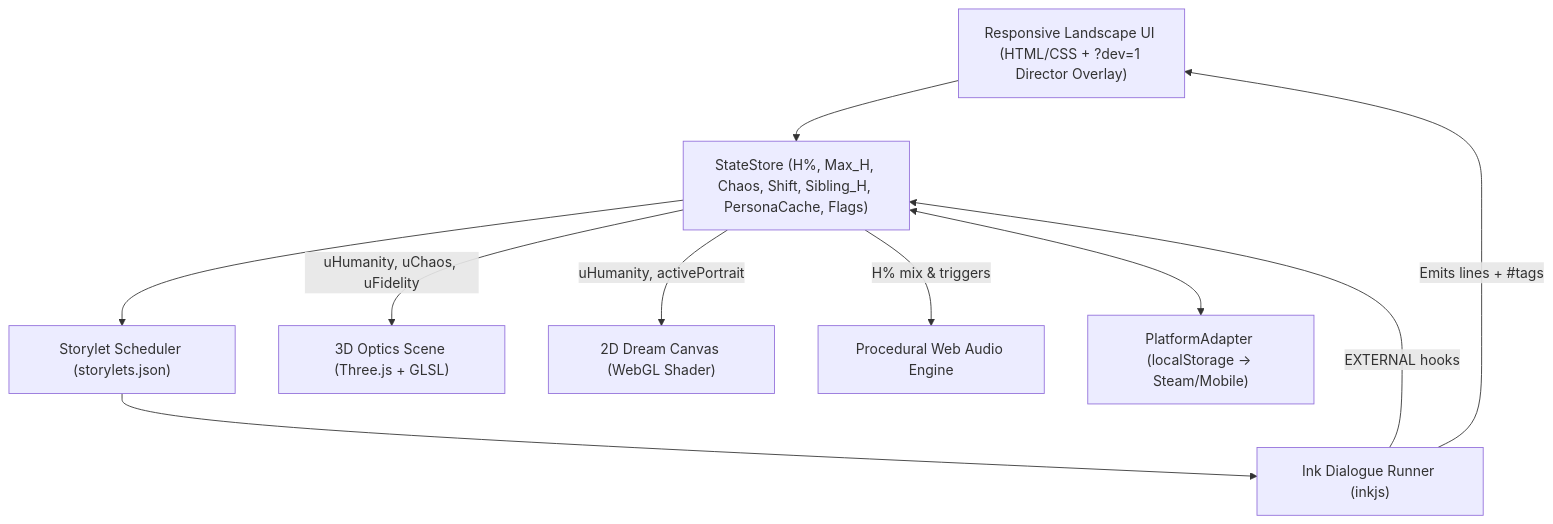
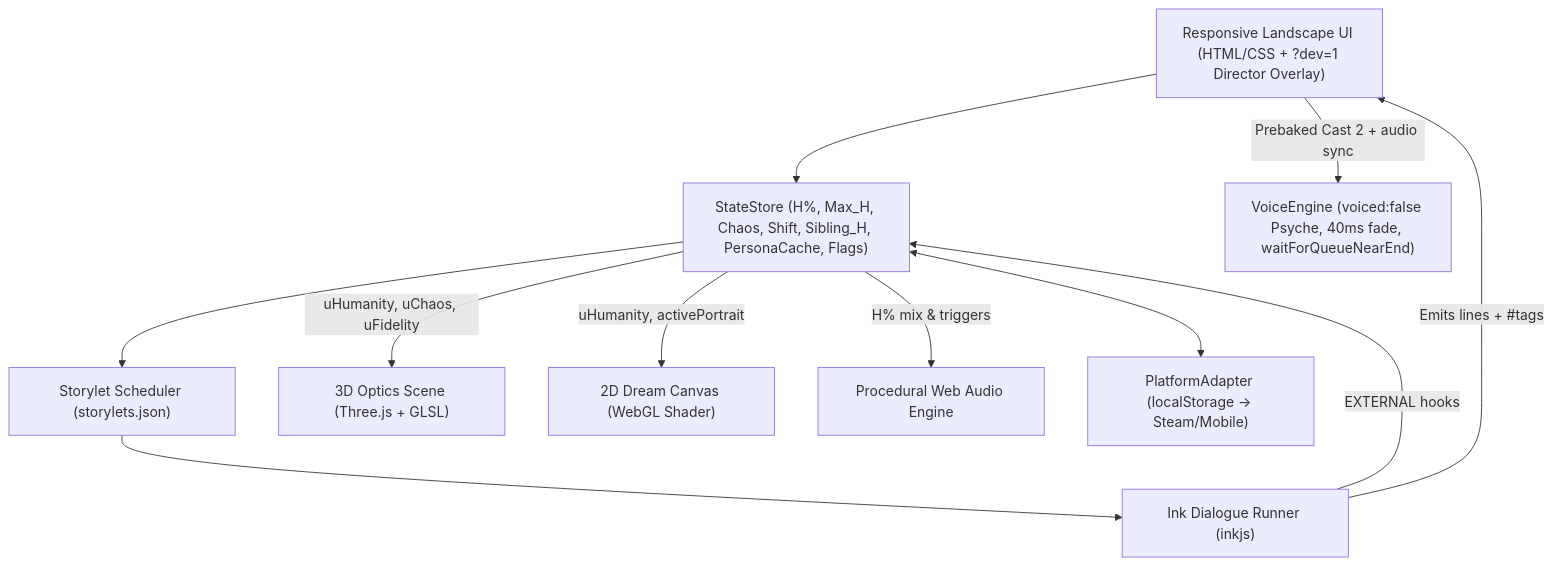
One commit to s-soltys/instance-1419 changed the diagram in docs/ARCHITECTURE.md. Above: the diagram before and after it, drawn with Mermaid. The commit also changed other lines of this file and 247 other files, not shown here.

````diff
--- a/docs/ARCHITECTURE.md
+++ b/docs/ARCHITECTURE.md
@@ -12,12 +12,13 @@
 ```mermaid
 flowchart TD
     UI["Responsive Landscape UI (HTML/CSS + ?dev=1 Director Overlay)"] --> STORE["StateStore (H%, Max_H, Chaos, Shift, Sibling_H, PersonaCache, Flags)"]
     STORE --> SCHED["Storylet Scheduler (storylets.json)"]
     SCHED --> INK["Ink Dialogue Runner (inkjs)"]
     INK -->|"Emits lines + #tags"| UI
     INK -->|"EXTERNAL hooks"| STORE
     STORE -->|"uHumanity, uChaos, uFidelity"| OPTICS["3D Optics Scene (Three.js + GLSL)"]
     STORE -->|"uHumanity, activePortrait"| DREAM["2D Dream Canvas (WebGL Shader)"]
     STORE -->|"H% mix & triggers"| AUDIO["Procedural Web Audio Engine"]
+    UI -->|"Prebaked Cast 2 + audio sync"| VOICE["VoiceEngine (voiced:false Psyche, 40ms fade, waitForQueueNearEnd)"]
     STORE <--> PLAT["PlatformAdapter (localStorage -> Steam/Mobile)"]
 ```
````
